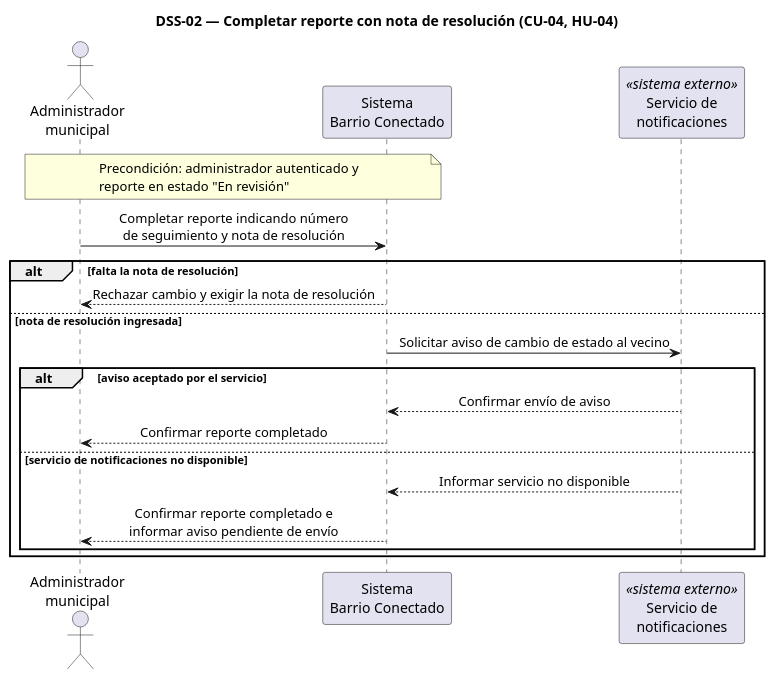
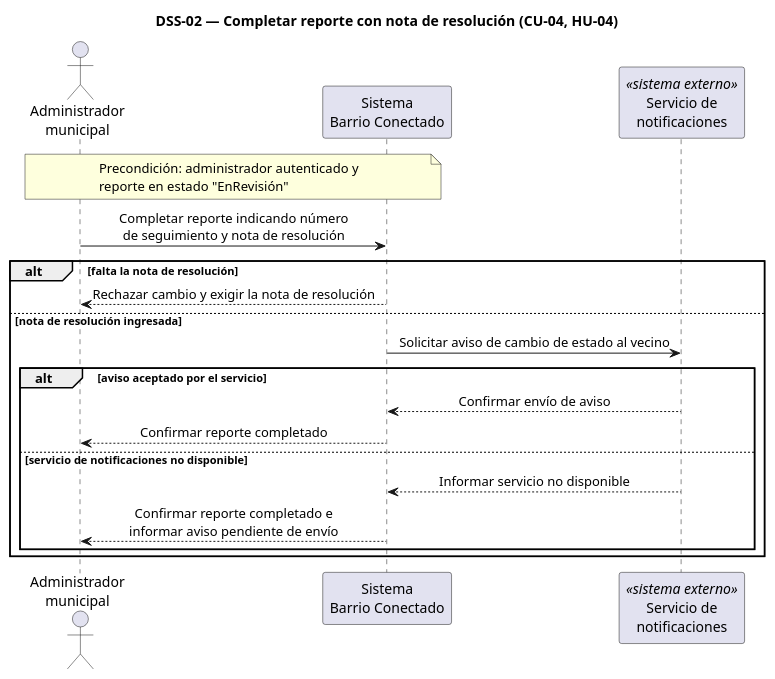
The diagram in diagramas/dss-02.puml (bruhmzk/Barrio-Conectado), drawn with PlantUML before and after one commit. The commit also changed 9 other files, not shown here.

```diff
--- a/diagramas/dss-02.puml
+++ b/diagramas/dss-02.puml
@@ -1,26 +1,26 @@
 @startuml dss-02
 title DSS-02 — Completar reporte con nota de resolución (CU-04, HU-04)
 skinparam shadowing false
 skinparam sequenceMessageAlign center
 
 actor Admin as "Administrador\nmunicipal"
 participant Sistema as "Sistema\nBarrio Conectado"
 participant Notif as "Servicio de\nnotificaciones" <<sistema externo>>
 
-note over Admin, Sistema : Precondición: administrador autenticado y\nreporte en estado "En revisión"
+note over Admin, Sistema : Precondición: administrador autenticado y\nreporte en estado "EnRevisión"
 
 Admin -> Sistema : Completar reporte indicando número\nde seguimiento y nota de resolución
 
 alt falta la nota de resolución
   Sistema --> Admin : Rechazar cambio y exigir la nota de resolución
 else nota de resolución ingresada
   Sistema -> Notif : Solicitar aviso de cambio de estado al vecino
   alt aviso aceptado por el servicio
     Notif --> Sistema : Confirmar envío de aviso
     Sistema --> Admin : Confirmar reporte completado
   else servicio de notificaciones no disponible
     Notif --> Sistema : Informar servicio no disponible
     Sistema --> Admin : Confirmar reporte completado e\ninformar aviso pendiente de envío
   end
 end
 @enduml
```
